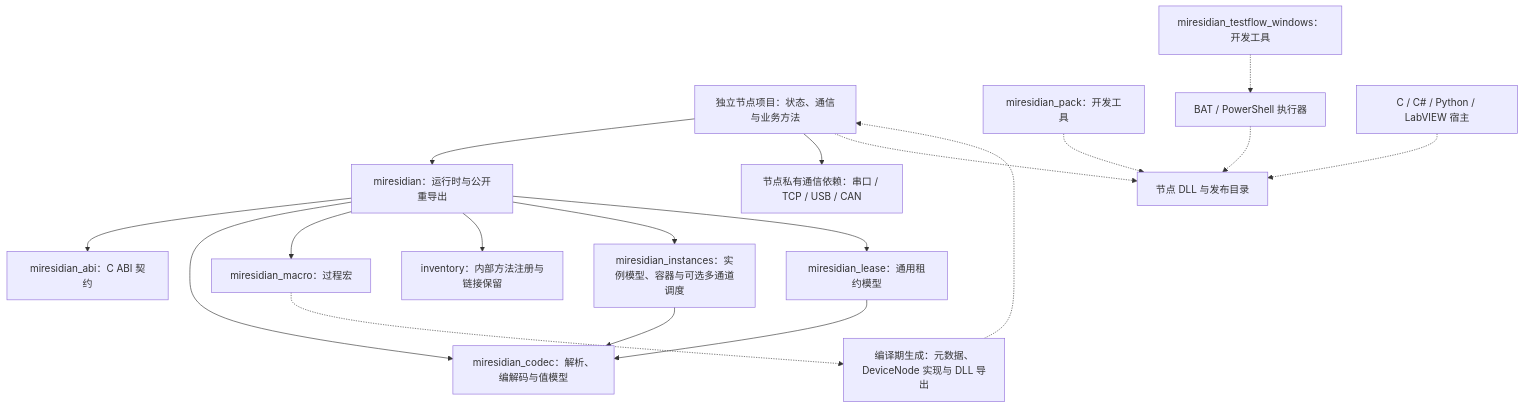
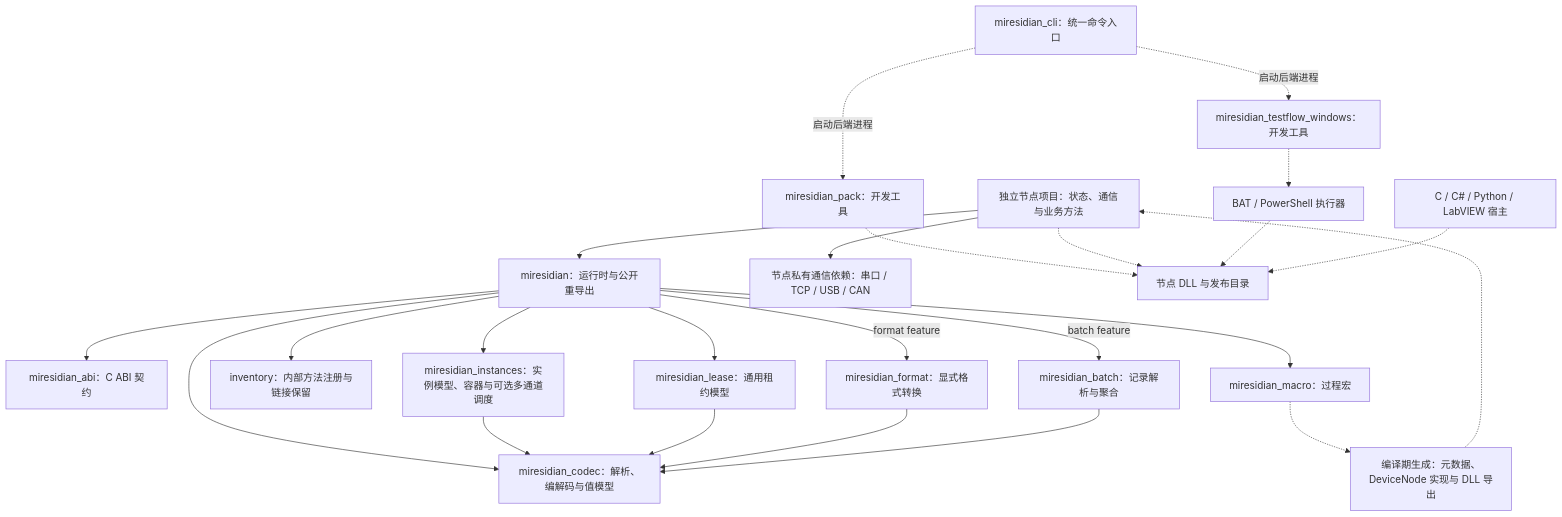
The first of 3 diagrams in docs/architecture.md (MyMires/miresidian), drawn with Mermaid before and after one commit. The commit also changed other lines of this file and 60 other files, not shown here.

````diff
--- a/docs/architecture.md
+++ b/docs/architecture.md
@@ -11,20 +11,26 @@
 ```mermaid
 flowchart TB
     node["独立节点项目：状态、通信与业务方法"] --> runtime["miresidian：运行时与公开重导出"]
     node --> transport["节点私有通信依赖：串口 / TCP / USB / CAN"]
     runtime --> abi["miresidian_abi：C ABI 契约"]
     runtime --> codec["miresidian_codec：解析、编解码与值模型"]
     runtime --> macros["miresidian_macro：过程宏"]
     runtime --> registry["inventory：内部方法注册与链接保留"]
     runtime --> instances["miresidian_instances：实例模型、容器与可选多通道调度"]
     instances --> codec
     runtime --> lease["miresidian_lease：通用租约模型"]
     lease --> codec
+    runtime -->|format feature| format["miresidian_format：显式格式转换"]
+    format --> codec
+    runtime -->|batch feature| batch["miresidian_batch：记录解析与聚合"]
+    batch --> codec
     macros -.-> generated["编译期生成：元数据、DeviceNode 实现与 DLL 导出"]
     generated -.-> node
     pack["miresidian_pack：开发工具"] -.-> dll["节点 DLL 与发布目录"]
     node -.-> dll
     testflow["miresidian_testflow_windows：开发工具"] -.-> bat["BAT / PowerShell 执行器"]
+    cli["miresidian_cli：统一命令入口"] -.->|启动后端进程| pack
+    cli -.->|启动后端进程| testflow
     bat -.-> dll
     host["C / C# / Python / LabVIEW 宿主"] -.-> dll
 ```
````
